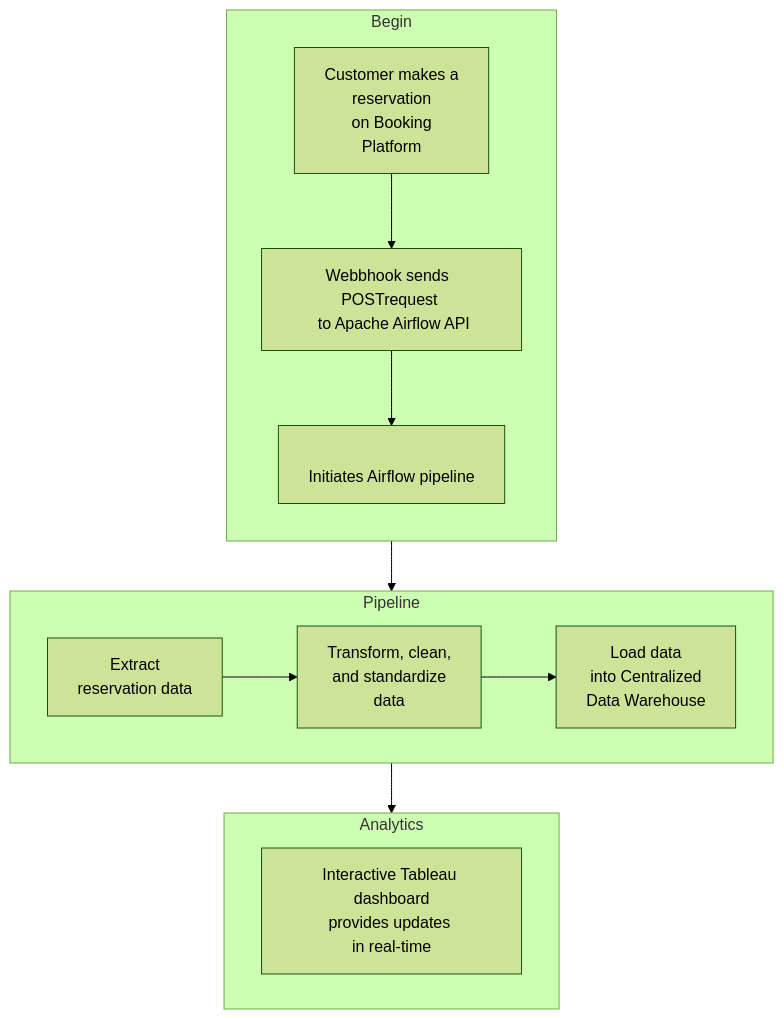
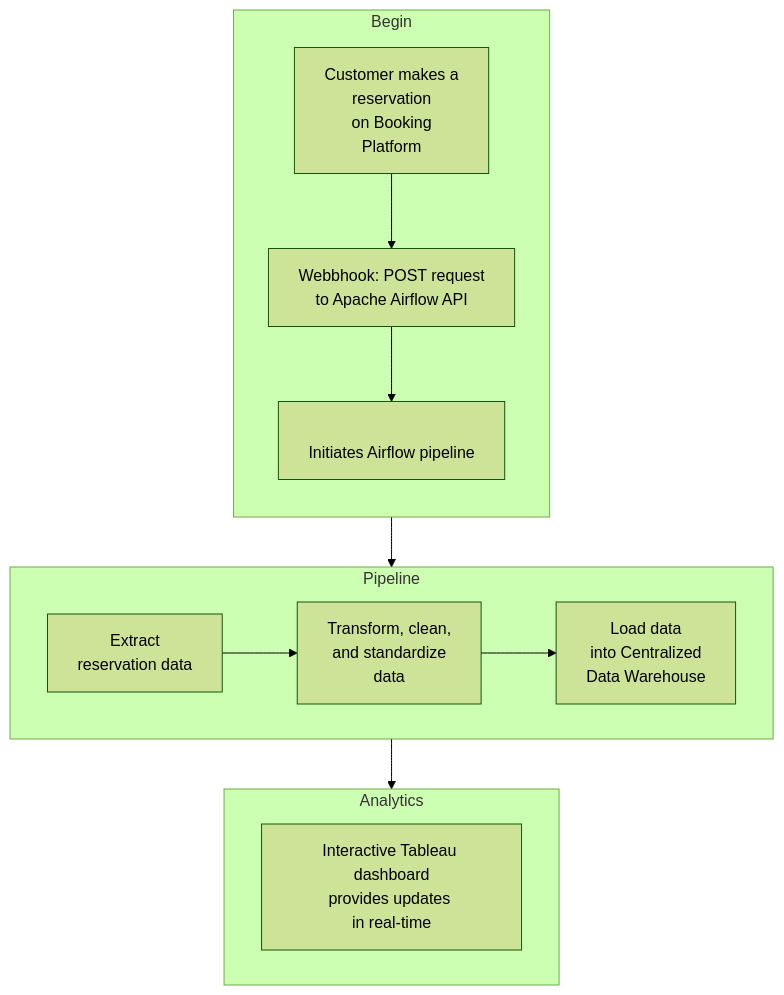
One commit to psgpyc/Simulated-Restaurant-Booking-System-with-Real-Time-ETL-Pipeline-Using-Django-Webhooks-Airflow-Po changed the diagram in README.md. Above: the diagram before and after it, drawn with Mermaid (forest theme).

Commit message:
Update README.md
Added mermaid script to showcase ETL pipeline FLow

````diff
--- a/README.md
+++ b/README.md
@@ -32,29 +32,29 @@
 ```mermaid
 flowchart TB
 
 
     subgraph Begin
     direction TB
         A["Customer makes a<br/>reservation <br/> on Booking <br/> Platform"] --> 
-        B["Webbhook sends <br\> POSTrequest <br/> to Apache Airflow API"] --> 
+        B["Webbhook:<br\> POST request <br/> to Apache Airflow API"] --> 
         C["<br/>Initiates Airflow pipeline"] 
     end 
     
     %% Three nodes arranged horizontally with manual line breaks for wrapping
     subgraph Pipeline
     direction LR
         D["Extract<br/>reservation data"] --> 
         E["Transform, clean,<br/>and standardize <br/>data"] --> 
         F["Load data<br/>into Centralized <br/> Data Warehouse"] 
         
     end
 
     subgraph Analytics
     direction LR
     G["Interactive Tableau dashboard<br/>provides updates <br/>in real-time"]
     end
 
     %% Subgraph for vertical flow (top-to-bottom)
     
     Begin --> Pipeline --> Analytics
 ```
````
